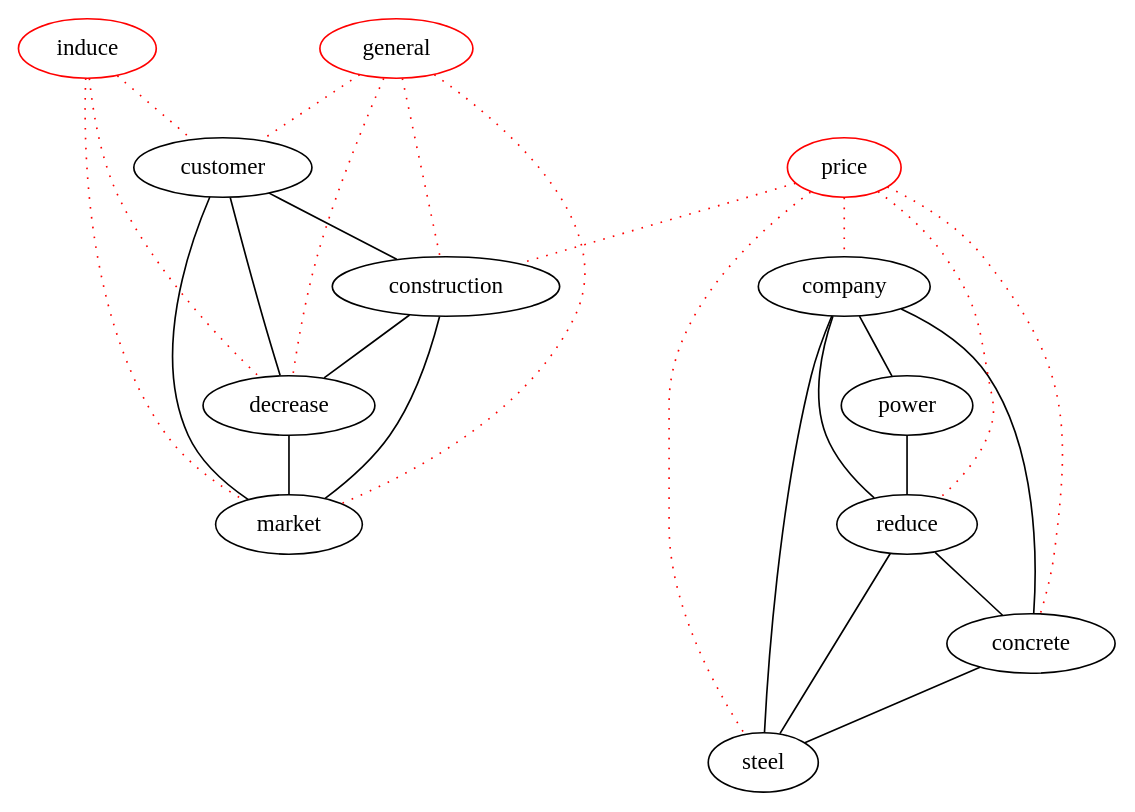
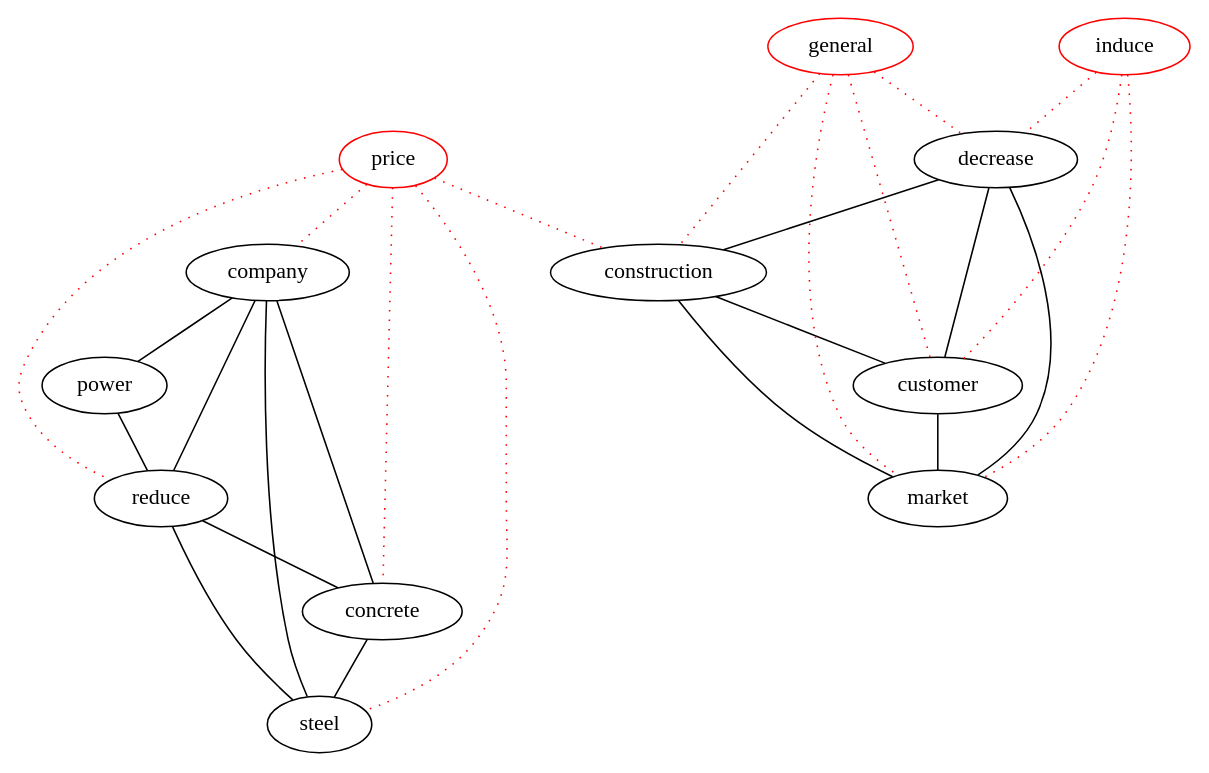
The diagram in dot/d2.dot (michaelweiss/keygraph), drawn with Graphviz before and after one commit. The commit also changed 4 other files, not shown here.

```diff
--- a/dot/d2.dot
+++ b/dot/d2.dot
@@ -1,41 +1,41 @@
 graph keygraph {
 graph [size="10,10"]
+company [color="black"]
+construction [color="black"]
+power [color="black"]
+steel [color="black"]
+market [color="black"]
 decrease [color="black"]
-market [color="black"]
-steel [color="black"]
 reduce [color="black"]
 concrete [color="black"]
-power [color="black"]
 customer [color="black"]
-construction [color="black"]
-company [color="black"]
-induce [color="red"]
 general [color="red"]
 price [color="red"]
+induce [color="red"]
 company--power
 company--concrete
 company--steel
 company--reduce
 power--reduce
 reduce--concrete
 reduce--steel
 concrete--steel
-customer--construction
+decrease--construction
+decrease--market
+decrease--customer
+construction--market
+construction--customer
 customer--market
-customer--decrease
-construction--market
-construction--decrease
-decrease--market
+induce--market [color="red", style="dotted"]
 induce--decrease [color="red", style="dotted"]
-induce--market [color="red", style="dotted"]
 induce--customer [color="red", style="dotted"]
+general--construction [color="red", style="dotted"]
+general--market [color="red", style="dotted"]
 general--decrease [color="red", style="dotted"]
-general--market [color="red", style="dotted"]
 general--customer [color="red", style="dotted"]
-general--construction [color="red", style="dotted"]
+price--company [color="red", style="dotted"]
+price--construction [color="red", style="dotted"]
 price--steel [color="red", style="dotted"]
 price--reduce [color="red", style="dotted"]
 price--concrete [color="red", style="dotted"]
-price--construction [color="red", style="dotted"]
-price--company [color="red", style="dotted"]
 }
```
